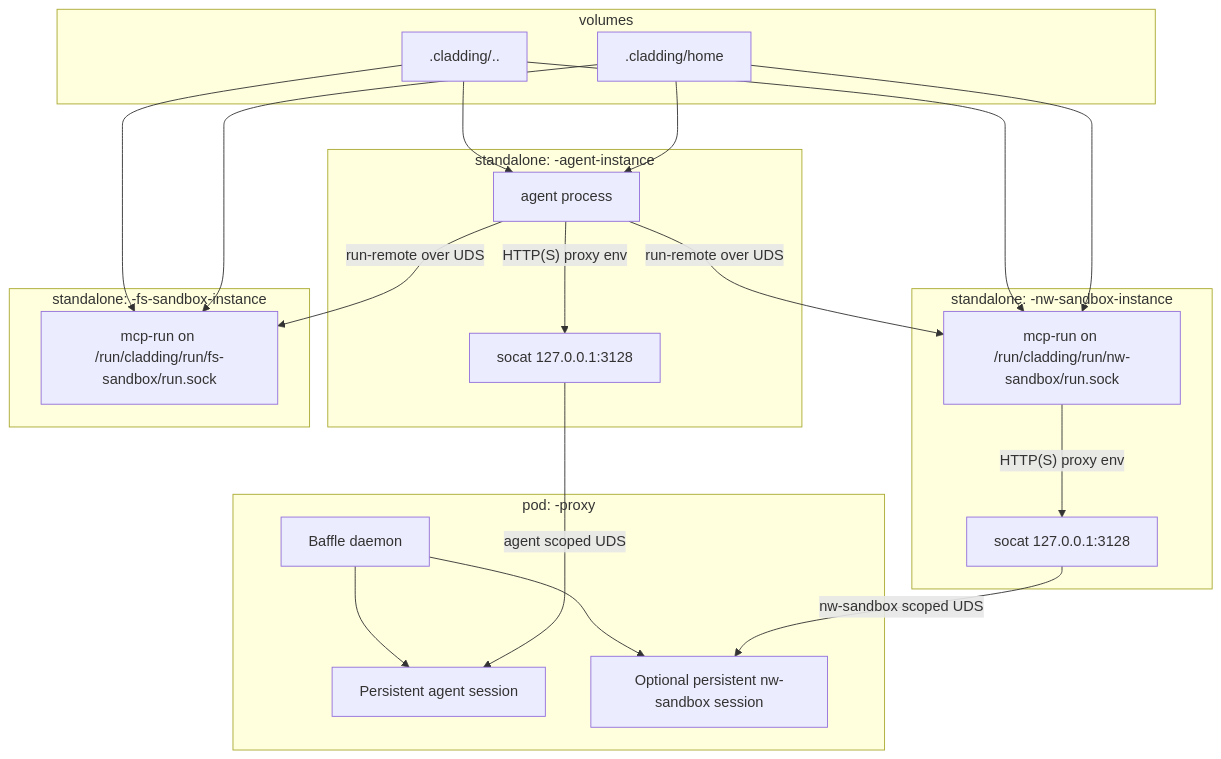
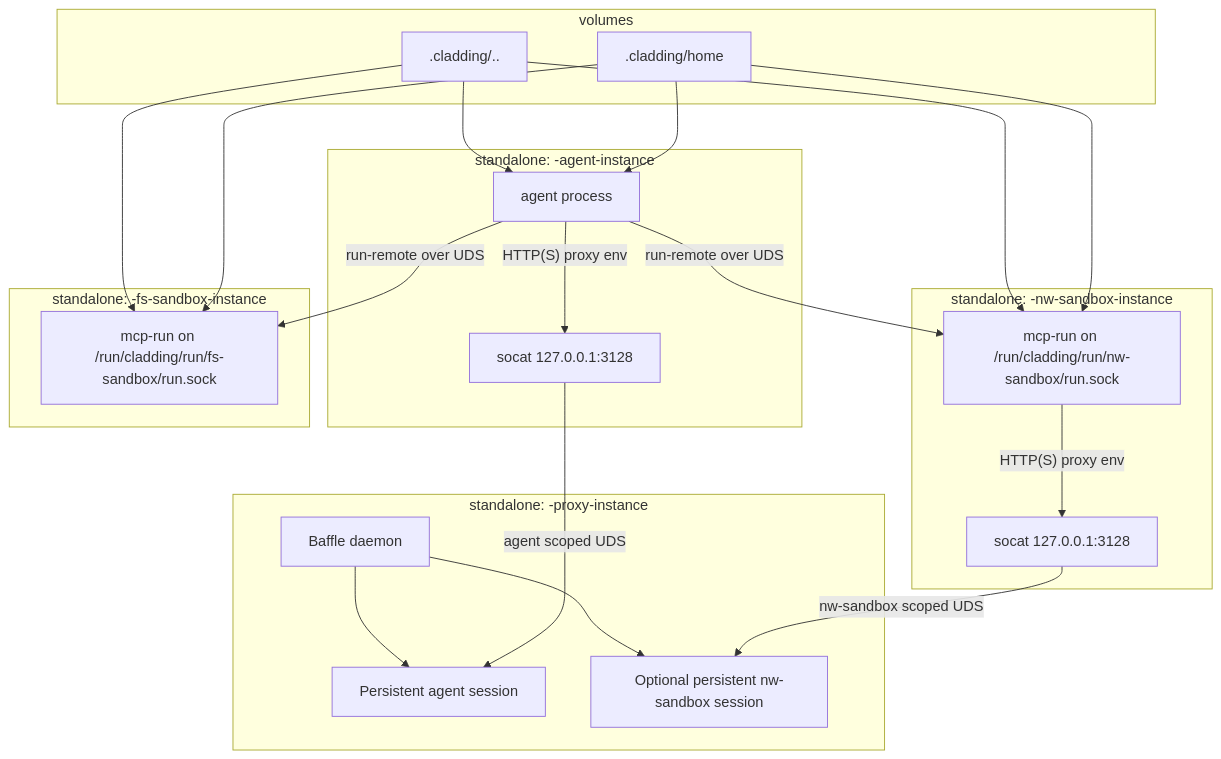
One commit to dstoc/cladding changed the diagram in README.md. Above: the diagram before and after it, drawn with Mermaid. The commit also changed other lines of this file and 17 other files, not shown here.

First line of the commit message:
feat: run proxy as a standalone container (#64)

````diff
--- a/README.md
+++ b/README.md
@@ -394,44 +395,44 @@
 ```mermaid
 flowchart TB
   subgraph C["standalone: <name>-agent-instance"]
     CA[agent process]
     CAP[socat 127.0.0.1:3128]
   end
 
   subgraph H[volumes]
     WS[.cladding/..]
     HOME[.cladding/home]
   end
 
 
   subgraph S["standalone: <name>-nw-sandbox-instance"]
     SAP[socat 127.0.0.1:3128]
     SA[mcp-run on /run/cladding/run/nw-sandbox/run.sock]
   end
 
   subgraph F["standalone: <name>-fs-sandbox-instance"]
     FA[mcp-run on /run/cladding/run/fs-sandbox/run.sock]
   end
 
-  subgraph P["pod: <name>-proxy"]
+  subgraph P["standalone: <name>-proxy-instance"]
     PX[Baffle daemon]
     AGS[Persistent agent session]
     NWS[Optional persistent nw-sandbox session]
     PX --> AGS
     PX --> NWS
   end
 
   WS --> CA
   WS --> SA
   WS --> FA
   HOME --> CA
   HOME --> SA
   HOME --> FA
 
   CA -- run-remote over UDS --> SA
   CA -- run-remote over UDS --> FA
   CA -- HTTP(S) proxy env --> CAP
   CAP -- agent scoped UDS --> AGS
   SAP -- nw-sandbox scoped UDS --> NWS
   SA -- HTTP(S) proxy env --> SAP
 ```
````
